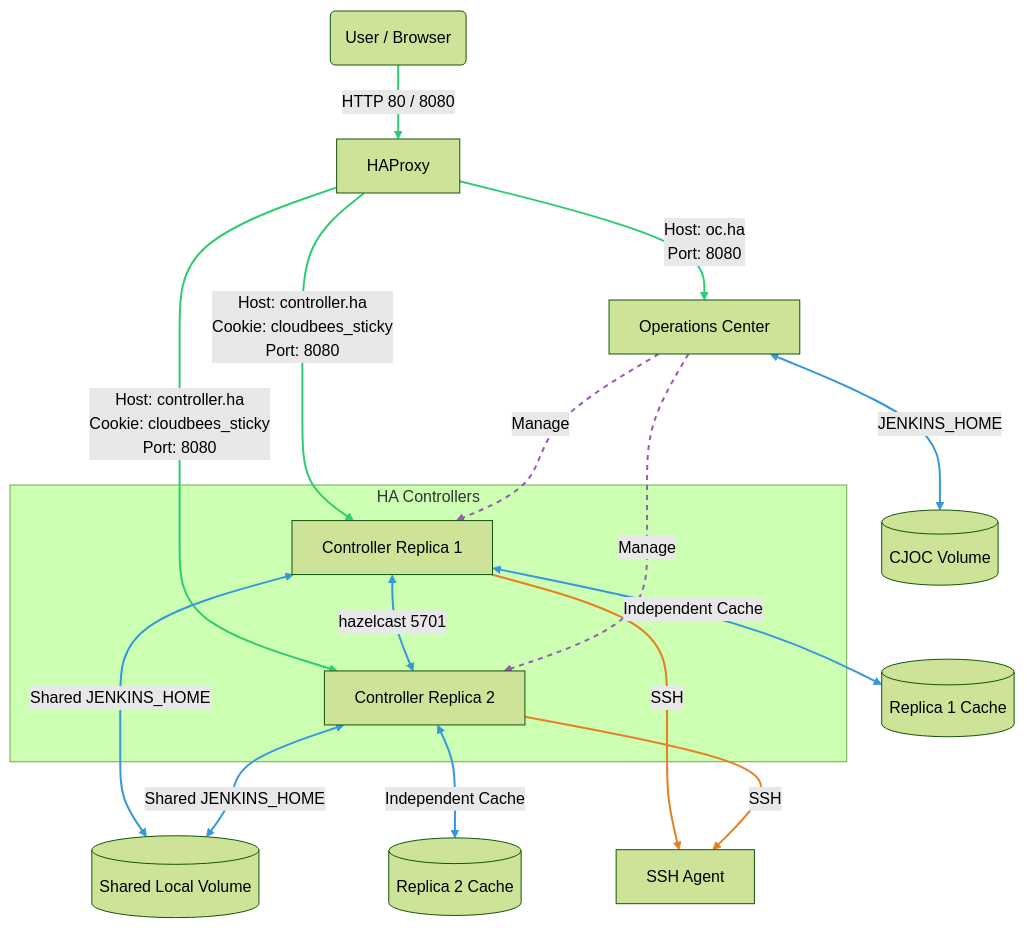
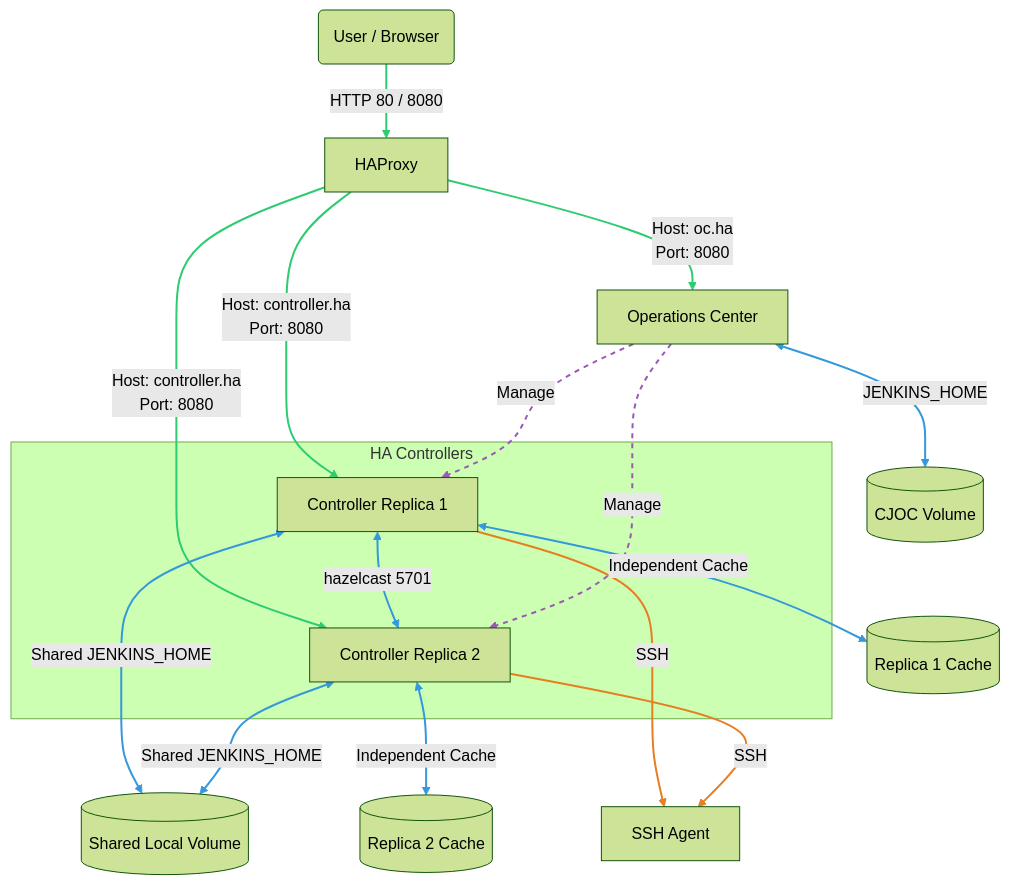
Before and after one commit to cb-ci/ci-traditional-ha: the second of 5 diagrams in README.md, drawn with Mermaid (forest theme).

Commit message:
docs: Remove sticky cookie attribute from HAProxy connections in the Mermaid diagram.

````diff
--- a/README.md
+++ b/README.md
@@ -61,34 +61,34 @@
 ```mermaid
 graph TD
     Client(User / Browser) -->|HTTP 80 / 8080| HAProxy[HAProxy]
     
     HAProxy -->|Host: oc.ha<br>Port: 8080| CJOC[Operations Center]
     
     subgraph HA_Controllers ["HA Controllers"]
         Controller1[Controller Replica 1]
         Controller2[Controller Replica 2]
     end
     
-    HAProxy -->|Host: controller.ha<br>Cookie: cloudbees_sticky<br>Port: 8080| Controller1
-    HAProxy -->|Host: controller.ha<br>Cookie: cloudbees_sticky<br>Port: 8080| Controller2
+    HAProxy -->|Host: controller.ha<br>Port: 8080| Controller1
+    HAProxy -->|Host: controller.ha<br>Port: 8080| Controller2
     
     CJOC <-->|JENKINS_HOME| CJOCHome[(CJOC Volume)]
     Controller1 <-->|Shared JENKINS_HOME| JenkinsHome[(Shared Local Volume)]
     Controller2 <-->|Shared JENKINS_HOME| JenkinsHome
     
     Controller1 <-->|hazelcast 5701| Controller2
     Controller1 <-->|Independent Cache| Cache1[(Replica 1 Cache)]
     Controller2 <-->|Independent Cache| Cache2[(Replica 2 Cache)]
     
     Controller1 -->|SSH| SSHAgent[SSH Agent]
     Controller2 -->|SSH| SSHAgent
     
     CJOC -.->|Manage| Controller1
     CJOC -.->|Manage| Controller2
 
     %% Apply Styles to Diagram
     linkStyle 0,1,2,3 stroke:#2ecc71,stroke-width:2px;          
     linkStyle 4,5,6,7,8,9 stroke:#3498db,stroke-width:2px;    
     linkStyle 10,11 stroke:#e67e22,stroke-width:2px;          
     linkStyle 12,13 stroke:#9b59b6,stroke-width:2px,stroke-dasharray: 5 5;
 ```
````
